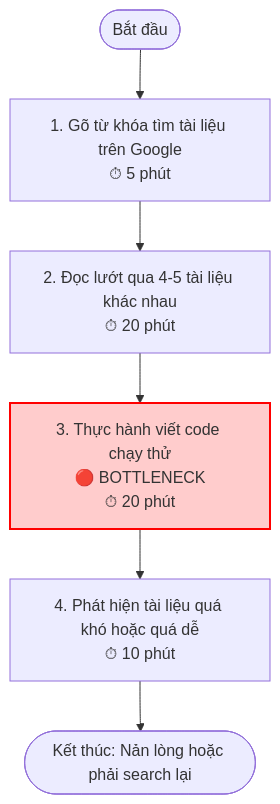
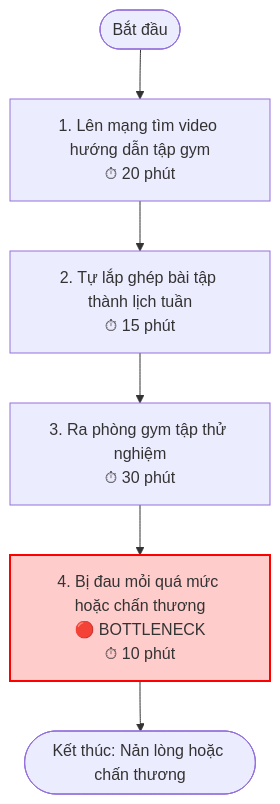
One commit to hoanganhnth/Day02-2A202600631-PhamHoangAnh changed the seventh of 8 diagrams in 01-individual-problem-scan/problem-scan.md. Above: the diagram before and after it, drawn with Mermaid. The commit also changed other lines of this file and 2 other files, not shown here.

````diff
--- a/01-individual-problem-scan/problem-scan.md
+++ b/01-individual-problem-scan/problem-scan.md
@@ -182,10 +191,10 @@
 ```mermaid
 graph TD
-    A([Bắt đầu]) --> B["1. Gõ từ khóa tìm tài liệu trên Google<br/>⏱ 5 phút"]
-    B --> C["2. Đọc lướt qua 4-5 tài liệu khác nhau<br/>⏱ 20 phút"]
-    C --> D["3. Thực hành viết code chạy thử<br/>🔴 BOTTLENECK<br/>⏱ 20 phút"]
-    D --> E["4. Phát hiện tài liệu quá khó hoặc quá dễ<br/>⏱ 10 phút"]
-    E --> F([Kết thúc: Nản lòng hoặc phải search lại])
+    A([Bắt đầu]) --> B["1. Lên mạng tìm video hướng dẫn tập gym<br/>⏱ 20 phút"]
+    B --> C["2. Tự lắp ghép bài tập thành lịch tuần<br/>⏱ 15 phút"]
+    C --> D["3. Ra phòng gym tập thử nghiệm<br/>⏱ 30 phút"]
+    D --> E["4. Bị đau mỏi quá mức hoặc chấn thương<br/>🔴 BOTTLENECK<br/>⏱ 10 phút"]
+    E --> F([Kết thúc: Nản lòng hoặc chấn thương])
 
-    style D fill:#ffcccc,stroke:#ff0000,stroke-width:2px
+    style E fill:#ffcccc,stroke:#ff0000,stroke-width:2px
 ```
````
